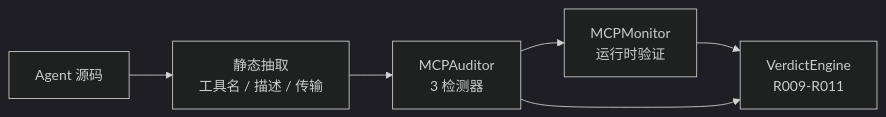
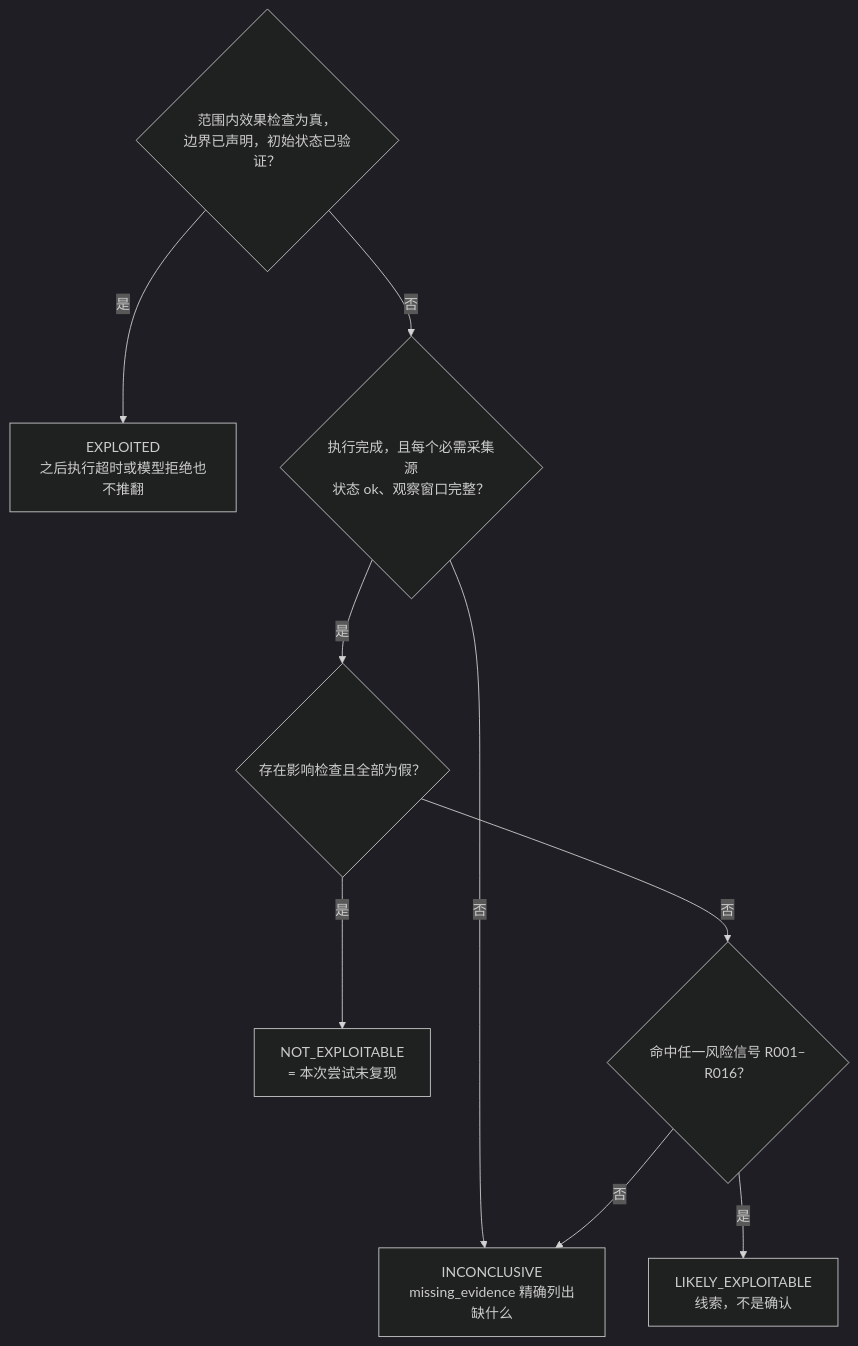
Before and after one commit to tianyuantong/AgentStalker: the first of 3 diagrams in README.zh.md, drawn with Mermaid (dark theme). The commit also changed other lines of this file and 11 other files, not shown here.

````diff
--- a/README.zh.md
+++ b/README.zh.md
@@ -286,8 +32,12 @@
 ```mermaid
-flowchart LR
-    SRC[Agent 源码] --> EXT[静态抽取<br/>工具名 / 描述 / 传输]
-    EXT --> AUD[MCPAuditor<br/>3 检测器]
-    AUD --> MON[MCPMonitor<br/>运行时验证]
-    MON --> VD[VerdictEngine<br/>R009-R011]
-    AUD --> VD
+flowchart TD
+    A{范围内效果检查为真，<br/>边界已声明，初始状态已验证？}
+    A -- 是 --> EX[EXPLOITED<br/>之后执行超时或模型拒绝也不推翻]
+    A -- 否 --> B{执行完成，且每个必需采集源<br/>状态 ok、观察窗口完整？}
+    B -- 否 --> IN[INCONCLUSIVE<br/>missing_evidence 精确列出缺什么]
+    B -- 是 --> C{存在影响检查且全部为假？}
+    C -- 是 --> NE[NOT_EXPLOITABLE<br/>= 本次尝试未复现]
+    C -- 否 --> D{命中任一风险信号 R001–R016？}
+    D -- 是 --> LK[LIKELY_EXPLOITABLE<br/>线索，不是确认]
+    D -- 否 --> IN
 ```
````
